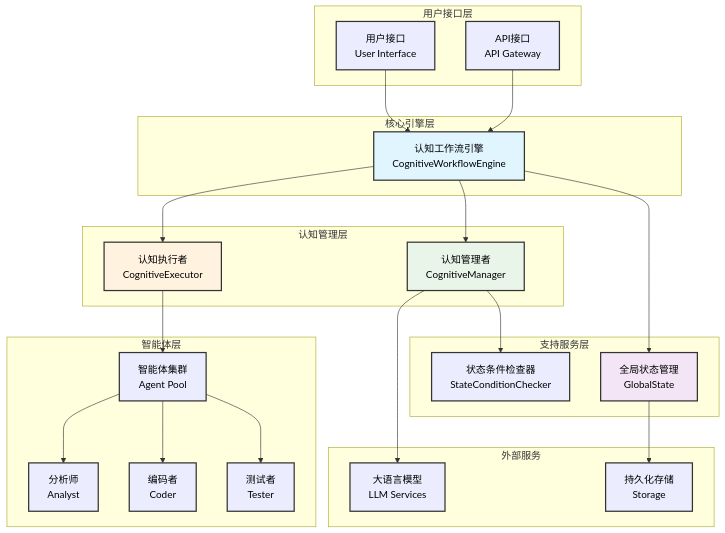
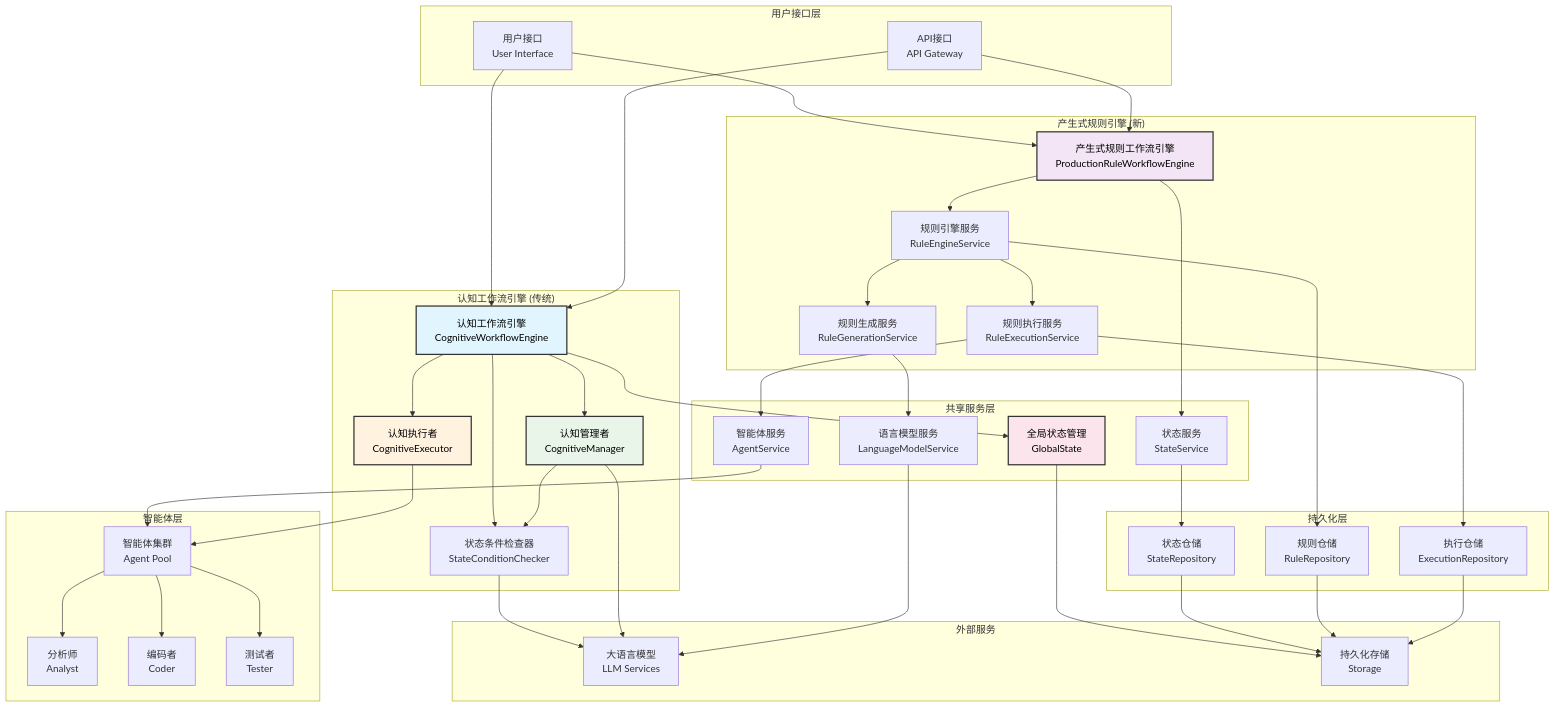
The first of 9 diagrams in CognitiveWorkflow/认知工作流系统架构文档.md (guci314/AgentFramework), drawn with Mermaid before and after one commit. The commit also changed other lines of this file and 745 other files, not shown here.

````diff
--- a/CognitiveWorkflow/认知工作流系统架构文档.md
+++ b/CognitiveWorkflow/认知工作流系统架构文档.md
@@ -30,18 +97,25 @@
         API["API接口<br/>API Gateway"]
     end
     
-    subgraph "核心引擎层"
-        Engine["认知工作流引擎<br/>CognitiveWorkflowEngine"]
+    subgraph "认知工作流引擎 (传统)"
+        CogEngine["认知工作流引擎<br/>CognitiveWorkflowEngine"]
+        Manager["认知管理者<br/>CognitiveManager"]
+        Executor["认知执行者<br/>CognitiveExecutor"]
+        StateChecker["状态条件检查器<br/>StateConditionChecker"]
     end
     
-    subgraph "认知管理层"
-        Manager["认知管理者<br/>CognitiveManager"]
-        Executor["认知执行者<br/>CognitiveExecutor"]
+    subgraph "产生式规则引擎 (新)"
+        RuleEngine["产生式规则工作流引擎<br/>ProductionRuleWorkflowEngine"]
+        RuleEngineService["规则引擎服务<br/>RuleEngineService"]
+        RuleGenService["规则生成服务<br/>RuleGenerationService"]
+        RuleExecService["规则执行服务<br/>RuleExecutionService"]
     end
     
-    subgraph "支持服务层"
-        StateChecker["状态条件检查器<br/>StateConditionChecker"]
+    subgraph "共享服务层"
         GlobalState["全局状态管理<br/>GlobalState"]
+        StateService["状态服务<br/>StateService"]
+        AgentService["智能体服务<br/>AgentService"]
+        LLMService["语言模型服务<br/>LanguageModelService"]
     end
     
     subgraph "智能体层"
@@ -51,35 +125,59 @@
         Agent3["测试者<br/>Tester"]
     end
     
+    subgraph "持久化层"
+        RuleRepo["规则仓储<br/>RuleRepository"]
+        StateRepo["状态仓储<br/>StateRepository"]
+        ExecRepo["执行仓储<br/>ExecutionRepository"]
+    end
+    
     subgraph "外部服务"
         LLM["大语言模型<br/>LLM Services"]
         Storage["持久化存储<br/>Storage"]
     end
     
-    UI --> Engine
-    API --> Engine
-    Engine --> Manager
-    Engine --> Executor
-    Engine --> GlobalState
+    UI --> CogEngine
+    UI --> RuleEngine
+    API --> CogEngine
+    API --> RuleEngine
+    
+    CogEngine --> Manager
+    CogEngine --> Executor
+    CogEngine --> StateChecker
     Manager --> StateChecker
-    Manager --> LLM
+    
+    RuleEngine --> RuleEngineService
+    RuleEngineService --> RuleGenService
+    RuleEngineService --> RuleExecService
+    
+    CogEngine --> GlobalState
+    RuleEngine --> StateService
+    
     Executor --> Agents
+    RuleExecService --> AgentService
+    AgentService --> Agents
+    
     Agents --> Agent1
     Agents --> Agent2
     Agents --> Agent3
+    
+    StateService --> StateRepo
+    RuleEngineService --> RuleRepo
+    RuleExecService --> ExecRepo
+    
+    RuleGenService --> LLMService
+    StateChecker --> LLM
+    Manager --> LLM
+    LLMService --> LLM
+    
     GlobalState --> Storage
+    StateRepo --> Storage
+    RuleRepo --> Storage
+    ExecRepo --> Storage
     
-    style Engine fill:#e1f5fe,color:#000000,stroke:#333333,stroke-width:2px
+    style CogEngine fill:#e1f5fe,color:#000000,stroke:#333333,stroke-width:2px
+    style RuleEngine fill:#f3e5f5,color:#000000,stroke:#333333,stroke-width:2px
     style Manager fill:#e8f5e8,color:#000000,stroke:#333333,stroke-width:2px
     style Executor fill:#fff3e0,color:#000000,stroke:#333333,stroke-width:2px
-    style GlobalState fill:#f3e5f5,color:#000000,stroke:#333333,stroke-width:2px
-    style UI color:#000000,stroke:#333333,stroke-width:2px
-    style API color:#000000,stroke:#333333,stroke-width:2px
-    style StateChecker color:#000000,stroke:#333333,stroke-width:2px
-    style Agents color:#000000,stroke:#333333,stroke-width:2px
-    style Agent1 color:#000000,stroke:#333333,stroke-width:2px
-    style Agent2 color:#000000,stroke:#333333,stroke-width:2px
-    style Agent3 color:#000000,stroke:#333333,stroke-width:2px
-    style LLM color:#000000,stroke:#333333,stroke-width:2px
-    style Storage color:#000000,stroke:#333333,stroke-width:2px
+    style GlobalState fill:#fce4ec,color:#000000,stroke:#333333,stroke-width:2px
 ```
````
